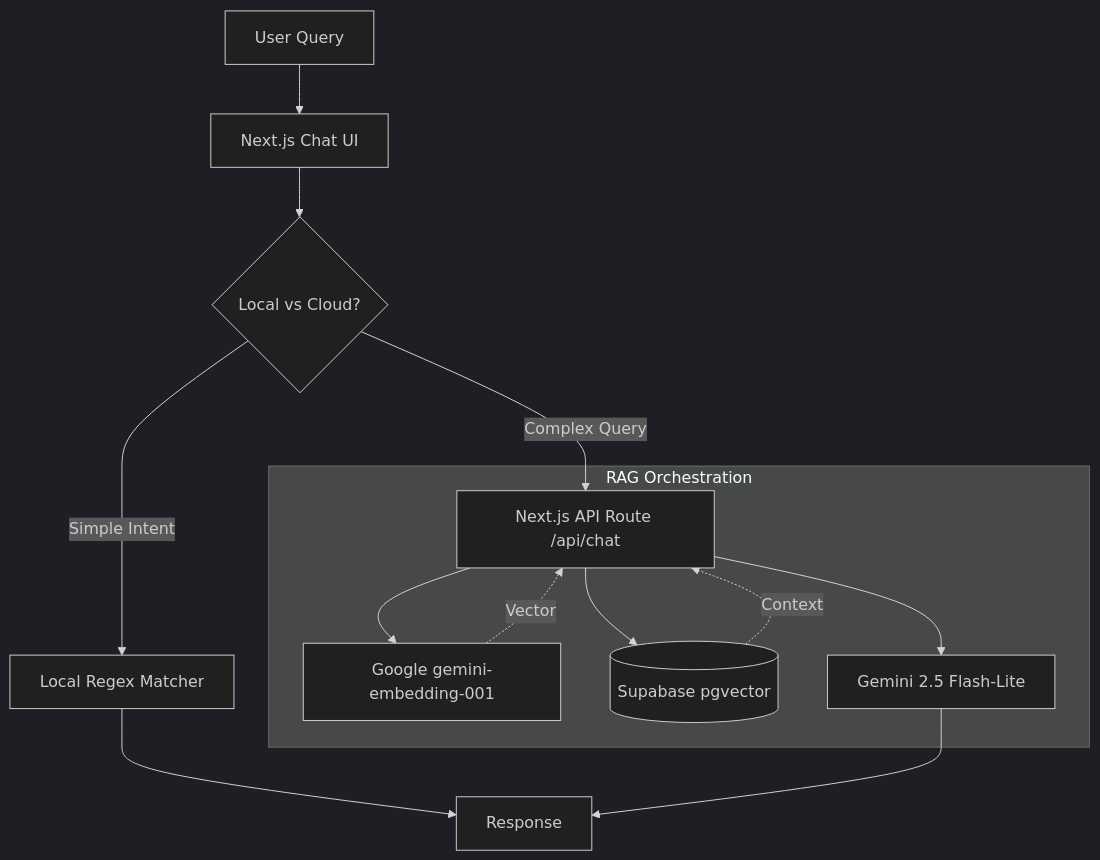
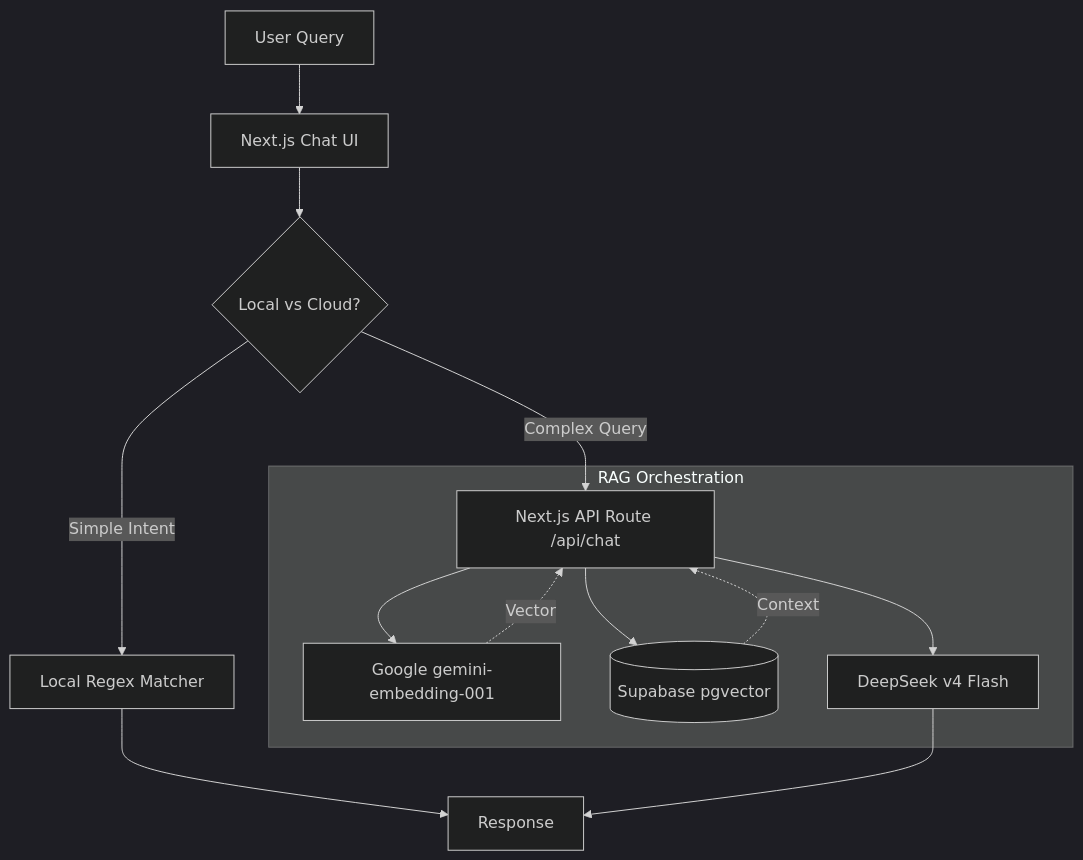
One commit to aadvxe/AI-powered-portfolio changed the diagram in README.md. Above: the diagram before and after it, drawn with Mermaid (dark theme). The commit also changed other lines of this file and 5 other files, not shown here.

Commit message:
feat: migrate chat LLM to DeepSeek v4 Flash

````diff
--- a/README.md
+++ b/README.md
@@ -9,20 +9,20 @@
 ```mermaid
 graph TD
     User[User Query] --> Frontend[Next.js Chat UI]
     Frontend --> HybridRouter{Local vs Cloud?}
 
     HybridRouter -- Simple Intent --> Local[Local Regex Matcher]
     Local --> Response[Response]
 
     HybridRouter -- Complex Query --> API[Next.js API Route /api/chat]
 
     subgraph RAG Orchestration
     API --> Embed[Google gemini-embedding-001]
     Embed -.->|Vector| API
     API --> VectorDB[(Supabase pgvector)]
     VectorDB -.->|Context| API
-    API --> LLM[Gemini 2.5 Flash-Lite]
+    API --> LLM[DeepSeek v4 Flash]
     end
 
     LLM --> Response
 ```
````
